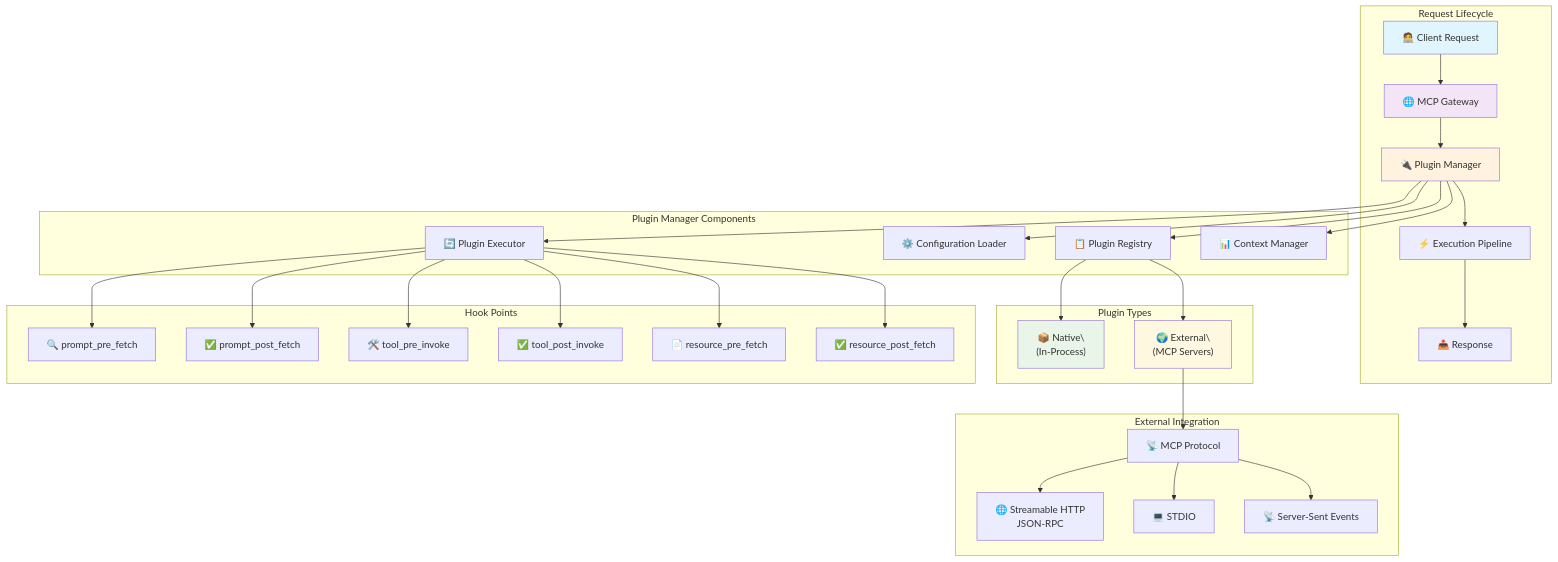
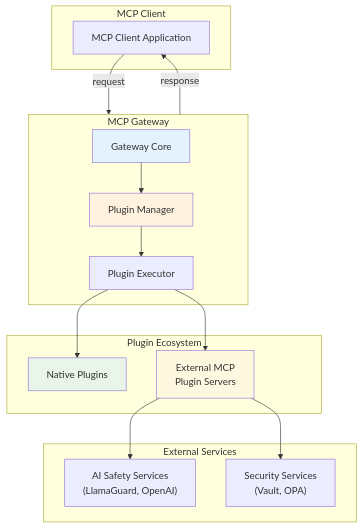
Before and after one commit to IBM/mcp-context-forge: the first of 5 diagrams in docs/docs/architecture/plugins.md, drawn with Mermaid. The commit also changed other lines of this file and 16 other files, not shown here.

````diff
--- a/docs/docs/architecture/plugins.md
+++ b/docs/docs/architecture/plugins.md
@@ -65,58 +87,36 @@
 ```mermaid
 flowchart TB
-    subgraph "Request Lifecycle"
-        Client["🧑‍💻 Client Request"] --> Gateway["🌐 MCP Gateway"]
-        Gateway --> PM["🔌 Plugin Manager"]
-        PM --> Pipeline["⚡ Execution Pipeline"]
-        Pipeline --> Response["📤 Response"]
+    subgraph "MCP Client"
+        Client["MCP Client Application"]
     end
 
-    subgraph "Plugin Manager Components"
-        PM --> Registry["📋 Plugin Registry"]
-        PM --> Config["⚙️ Configuration Loader"]
-        PM --> Executor["🔄 Plugin Executor"]
-        PM --> Context["📊 Context Manager"]
+    subgraph GW["MCP Gateway"]
+        Gateway["Gateway Core"]
+        PM["Plugin Manager"]
+        Executor["Plugin Executor"]
     end
 
-    subgraph "Plugin Types"
-        Native["📦 Native\\n(In-Process)"]
-        External["🌍 External\\n(MCP Servers)"]
+    subgraph "Plugin Ecosystem"
+        Native["Native Plugins"]
+        External["External MCP <br> Plugin Servers"]
     end
 
-    subgraph "Hook Points"
-        PPF["🔍 prompt_pre_fetch"]
-        PPO["✅ prompt_post_fetch"]
-        TPI["🛠️ tool_pre_invoke"]
-        TPO["✅ tool_post_invoke"]
-        RPF["📄 resource_pre_fetch"]
-        RPO["✅ resource_post_fetch"]
+    subgraph "External Services"
+        AI["AI Safety Services<br>(LlamaGuard, OpenAI)"]
+        Security["Security Services<br>(Vault, OPA)"]
     end
 
-    subgraph "External Integration"
-        MCP["📡 MCP Protocol"]
-        HTTP["🌐 Streamable HTTP<br>JSON-RPC"]        
-        STDIO["💻 STDIO"]
-        SSE["📡 Server-Sent Events"]
-    end
+    Client --request--> GW
+    GW --response--> Client
+    Gateway --> PM
+    PM --> Executor
+    Executor --> Native
+    Executor --> External
+    External --> AI
+    External --> Security
 
-    Registry --> Native
-    Registry --> External
-
-    Executor --> PPF
-    Executor --> PPO
-    Executor --> TPI
-    Executor --> TPO
-    Executor --> RPF
-    Executor --> RPO
-
-    External --> MCP
-    MCP --> HTTP    
-    MCP --> STDIO
-    MCP --> SSE
-
-    style Client fill:#e1f5fe
-    style Gateway fill:#f3e5f5
+    style Gateway fill:#e3f2fd
     style PM fill:#fff3e0
     style Native fill:#e8f5e8
     style External fill:#fff8e1
 ```
````
